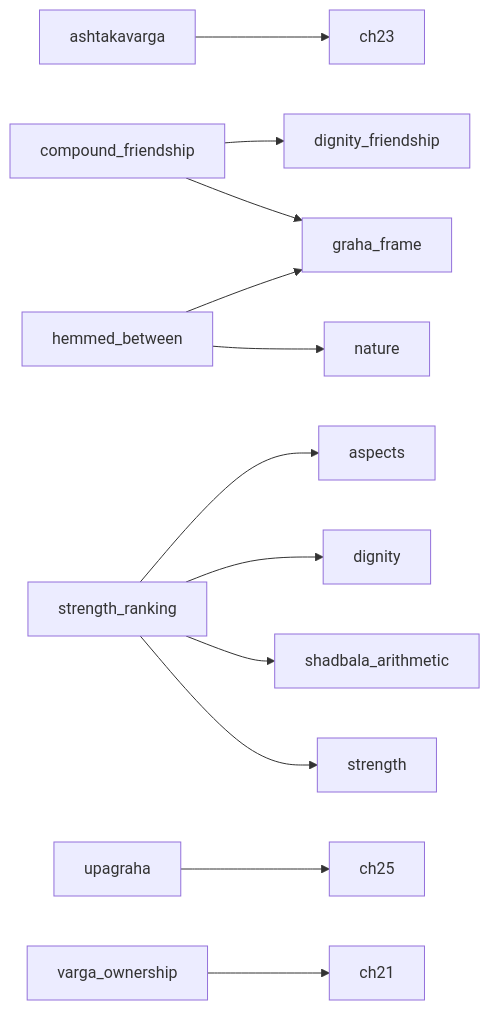
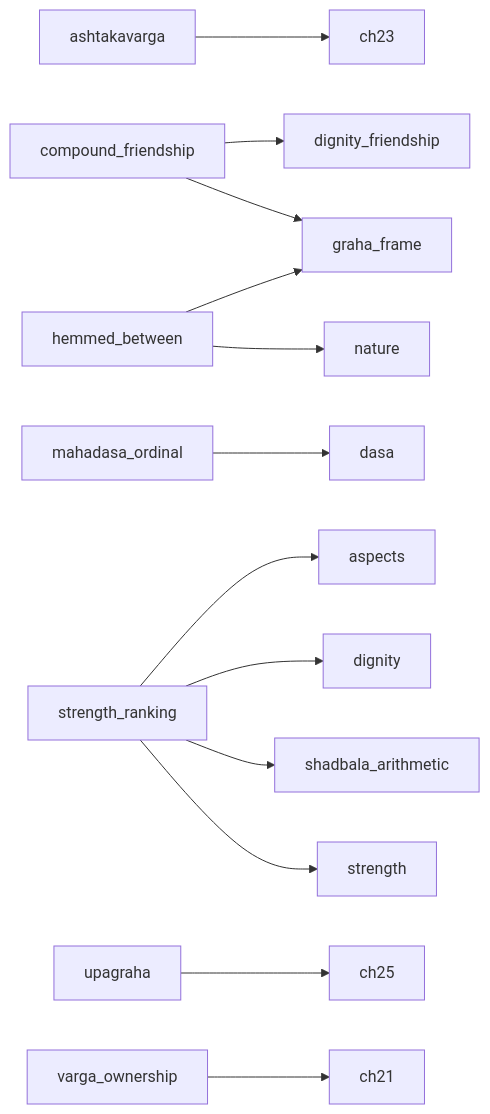
Before and after one commit to tarunrameshphotography/Vedic-AI: the diagram in Reports/PHASE3_PLAN.md, drawn with Mermaid. The commit also changed other lines of this file and 9 other files, not shown here.

````diff
--- a/Reports/PHASE3_PLAN.md
+++ b/Reports/PHASE3_PLAN.md
@@ -46,14 +52,15 @@
 ```mermaid
 graph LR
   ashtakavarga --> ch23
   compound_friendship --> dignity_friendship
   compound_friendship --> graha_frame
   hemmed_between --> graha_frame
   hemmed_between --> nature
+  mahadasa_ordinal --> dasa
   strength_ranking --> aspects
   strength_ranking --> dignity
   strength_ranking --> shadbala_arithmetic
   strength_ranking --> strength
   upagraha --> ch25
   varga_ownership --> ch21
 ```
````
